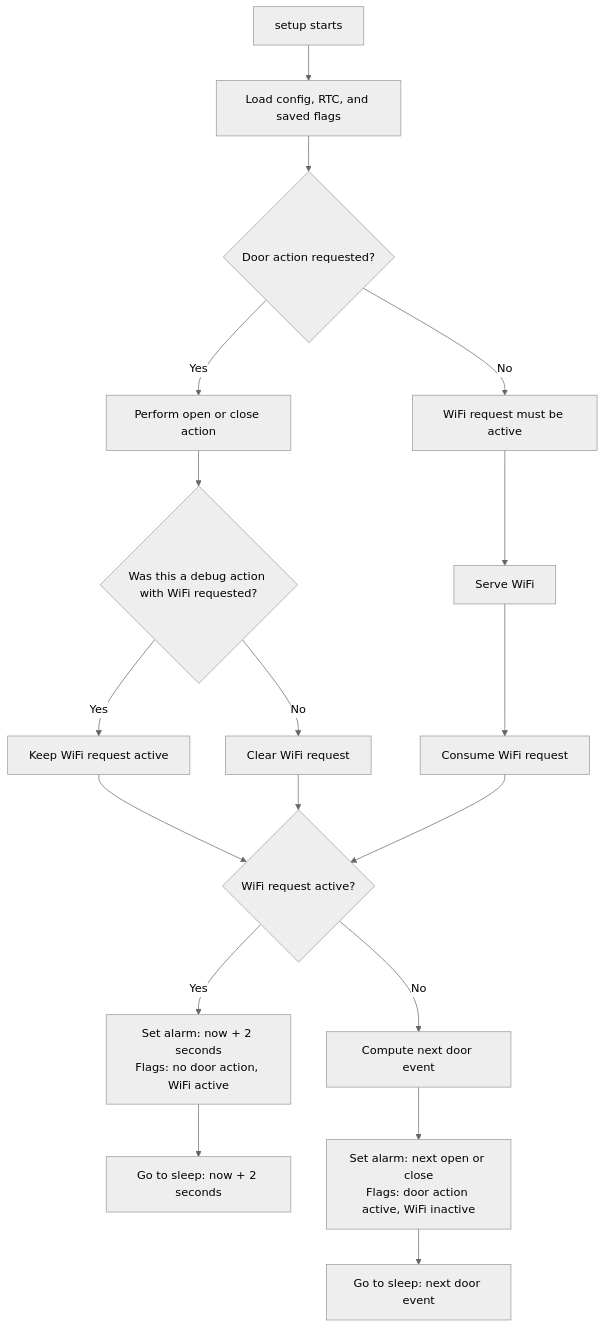
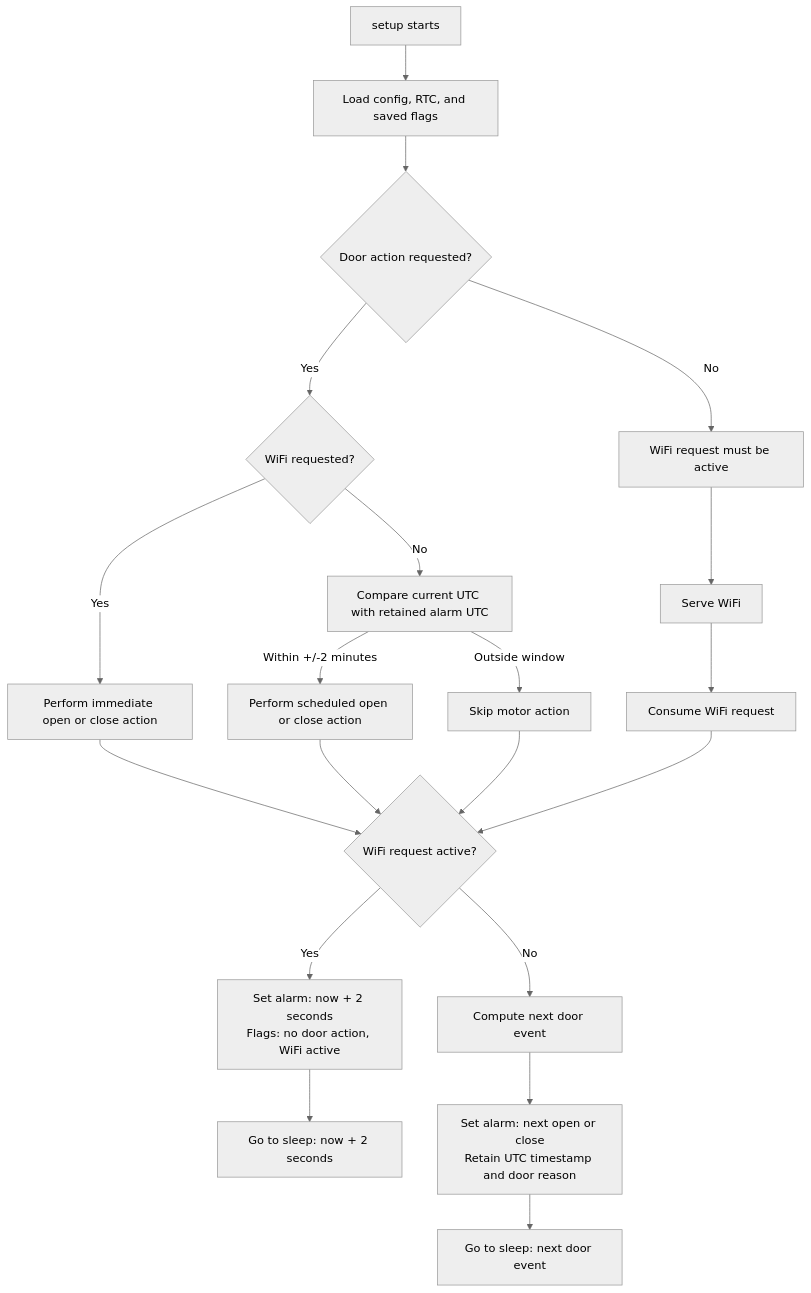
The diagram in doc/operation-sequence.md (jujumo/poulailler), drawn with Mermaid (neutral theme) before and after one commit. The commit also changed other lines of this file and 5 other files, not shown here.

Commit message:
Validate scheduled wakes against retained UTC time

````diff
--- a/doc/operation-sequence.md
+++ b/doc/operation-sequence.md
@@ -10,26 +10,27 @@
 ```mermaid
 flowchart TD
     A[setup starts] --> B[Load config, RTC, and saved flags]
     B --> C{Door action requested?}
 
-    C -->|Yes| D[Perform open or close action]
-    D --> E{Was this a debug action with WiFi requested?}
+  C -->|Yes| D{WiFi requested?}
+  D -->|Yes| E[Perform immediate open or close action]
+  D -->|No| F[Compare current UTC with retained alarm UTC]
+  F -->|Within +/-2 minutes| G[Perform scheduled open or close action]
+  F -->|Outside window| H[Skip motor action]
 
-    E -->|Yes| F[Keep WiFi request active]
-    E -->|No| G[Clear WiFi request]
+  E --> I{WiFi request active?}
+  G --> I
+  H --> I
 
-    C -->|No| H[WiFi request must be active]
-    H --> I[Serve WiFi]
-    I --> J[Consume WiFi request]
+  C -->|No| J[WiFi request must be active]
+  J --> K[Serve WiFi]
+  K --> L[Consume WiFi request]
+  L --> I
 
-    F --> K{WiFi request active?}
-    G --> K
-    J --> K
+  I -->|Yes| M[Set alarm: now + 2 seconds<br/>Flags: no door action, WiFi active]
+  M --> N[Go to sleep: now + 2 seconds]
 
-    K -->|Yes| L[Set alarm: now + 2 seconds<br/>Flags: no door action, WiFi active]
-    L --> M[Go to sleep: now + 2 seconds]
-
-    K -->|No| N[Compute next door event]
-    N --> O[Set alarm: next open or close<br/>Flags: door action active, WiFi inactive]
-    O --> P[Go to sleep: next door event]
+  I -->|No| O[Compute next door event]
+  O --> P[Set alarm: next open or close<br/>Retain UTC timestamp and door reason]
+  P --> Q[Go to sleep: next door event]
 ```
````
